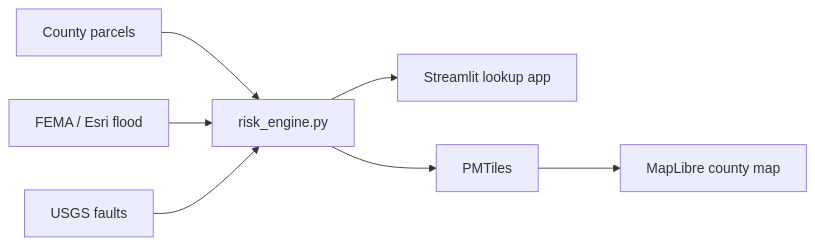
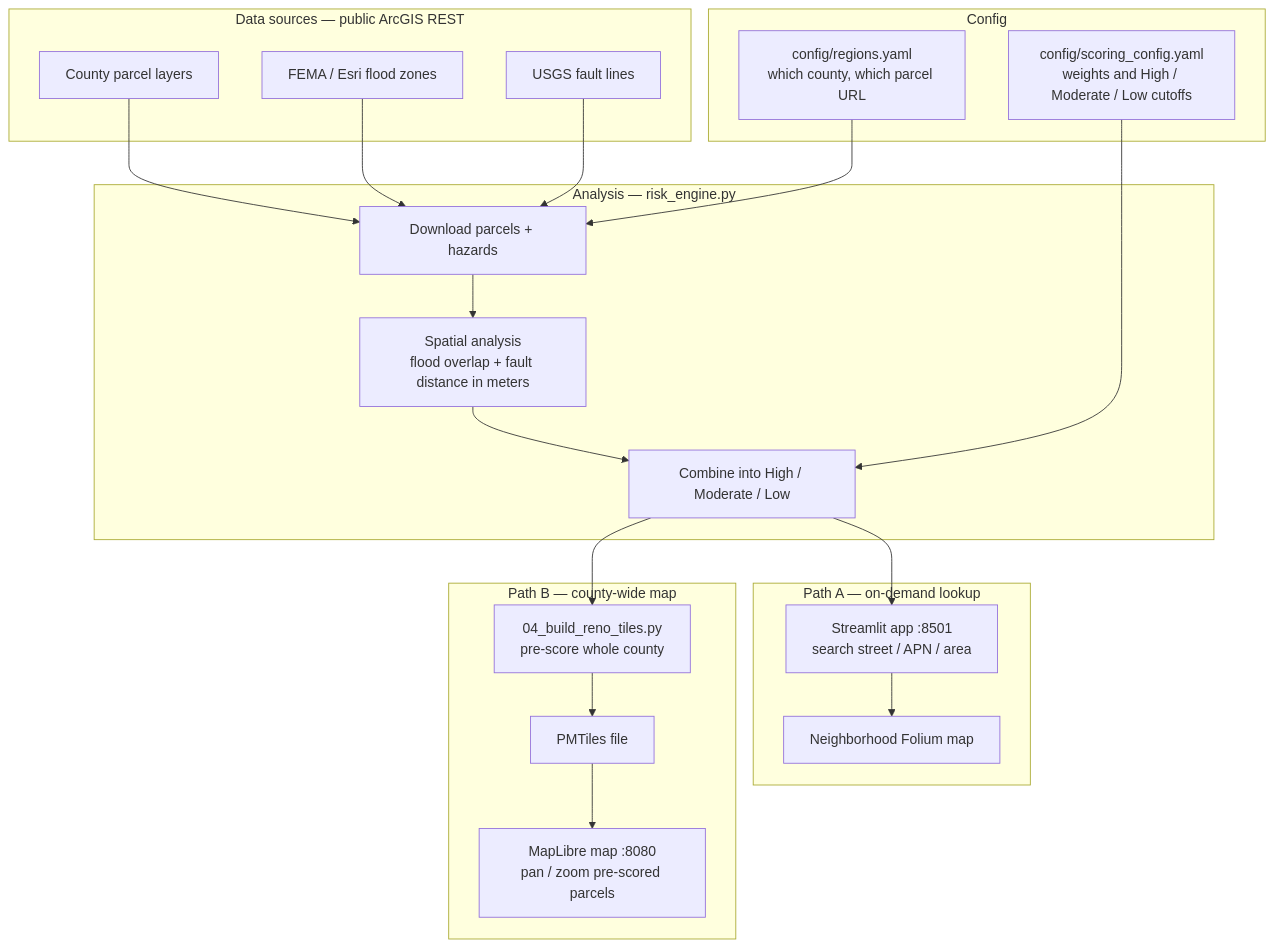
The diagram in README.md (KatyaAlimov/northern-nv-parcel-risk), drawn with Mermaid before and after one commit. The commit also changed other lines of this file, not shown here.

Commit message:
Expand the README architecture into a full pipeline diagram.

````diff
--- a/README.md
+++ b/README.md
@@ -35,9 +35,40 @@
 ```mermaid
-flowchart LR
-  parcels[County parcels] --> engine[risk_engine.py]
-  flood[FEMA / Esri flood] --> engine
-  faults[USGS faults] --> engine
-  engine --> app[Streamlit lookup app]
-  engine --> tiles[PMTiles]
-  tiles --> map[MapLibre county map]
+flowchart TB
+  subgraph sources [Data sources — public ArcGIS REST]
+    parcels[County parcel layers]
+    flood[FEMA / Esri flood zones]
+    faults[USGS fault lines]
+  end
+
+  subgraph config [Config]
+    regions[config/regions.yaml<br/>which county, which parcel URL]
+    scoring[config/scoring_config.yaml<br/>weights and High / Moderate / Low cutoffs]
+  end
+
+  subgraph core [Analysis — risk_engine.py]
+    fetch[Download parcels + hazards]
+    spatial[Spatial analysis<br/>flood overlap + fault distance in meters]
+    score[Combine into High / Moderate / Low]
+  end
+
+  parcels --> fetch
+  flood --> fetch
+  faults --> fetch
+  regions --> fetch
+  scoring --> score
+  fetch --> spatial --> score
+
+  subgraph lookup [Path A — on-demand lookup]
+    streamlit[Streamlit app :8501<br/>search street / APN / area]
+    folium[Neighborhood Folium map]
+  end
+
+  subgraph county [Path B — county-wide map]
+    batch[04_build_reno_tiles.py<br/>pre-score whole county]
+    tiles[PMTiles file]
+    maplibre[MapLibre map :8080<br/>pan / zoom pre-scored parcels]
+  end
+
+  score --> streamlit --> folium
+  score --> batch --> tiles --> maplibre
 ```
````
